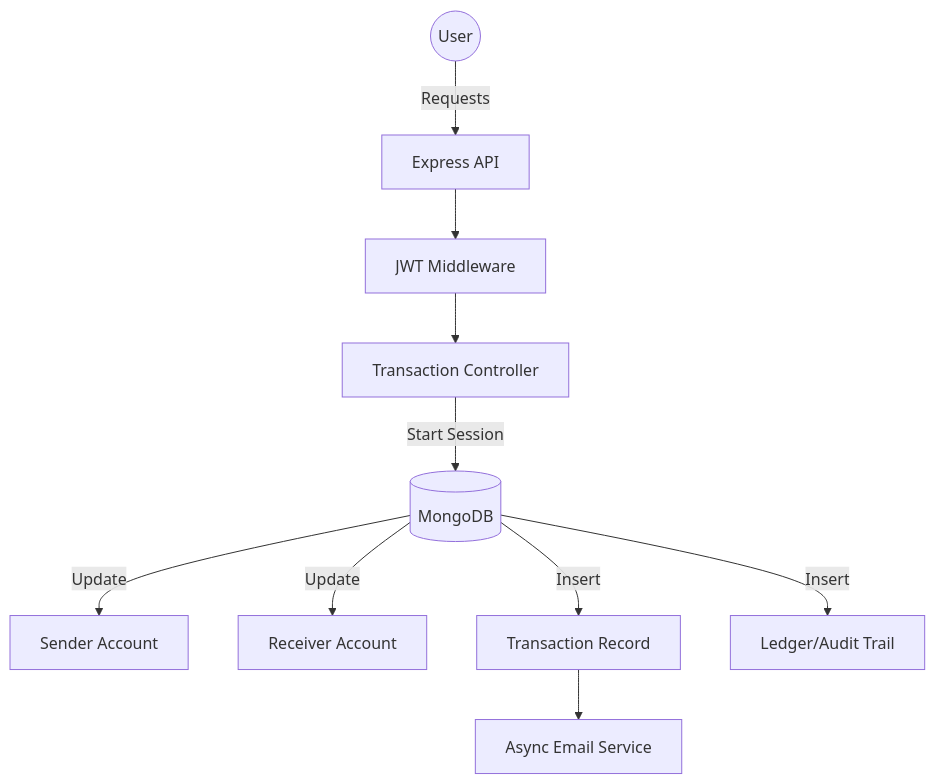
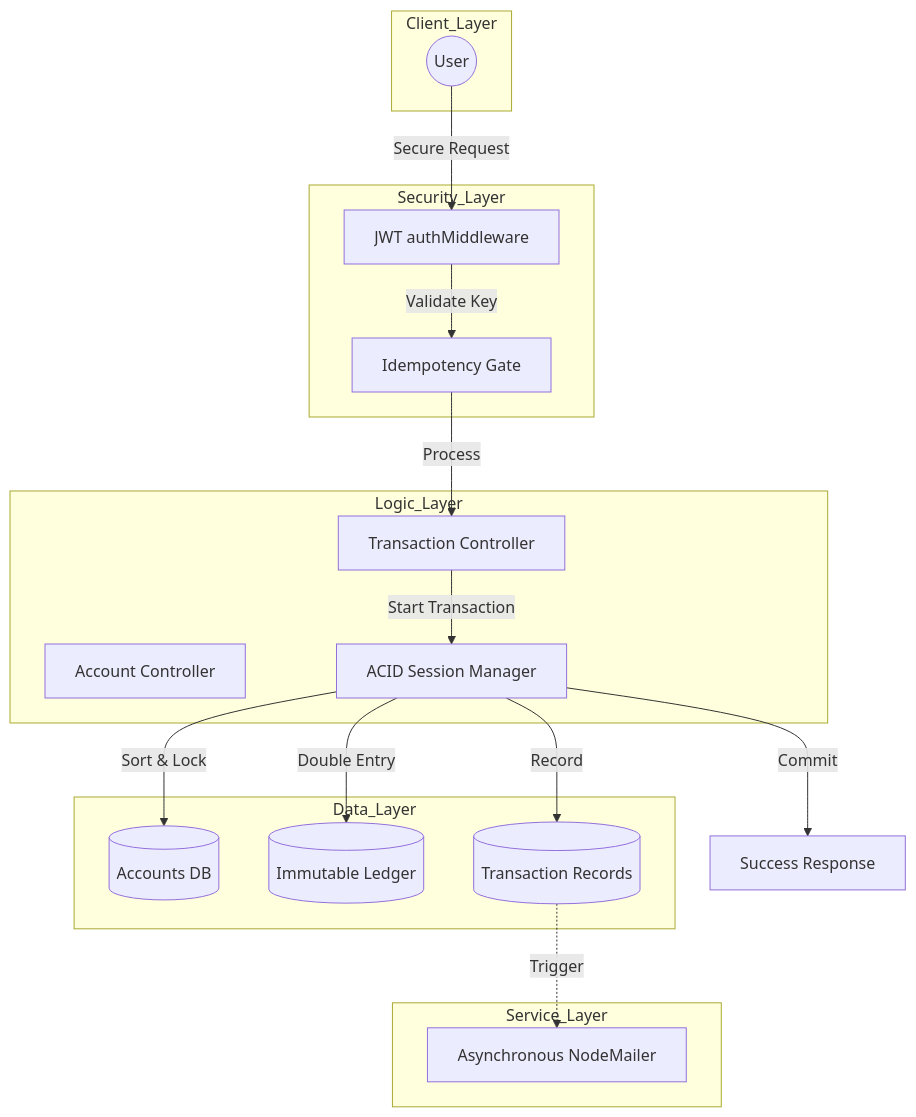
Before and after one commit to laksh0507/SentinelLedger: the diagram in README.md, drawn with Mermaid. The commit also changed other lines of this file and 4 other files, not shown here.

Commit message:
Initial commit: SentinelLedger Production-Grade Engine

````diff
--- a/README.md
+++ b/README.md
@@ -35,12 +30,37 @@
 ```mermaid
-graph TD
-    User((User)) -->|Requests| API[Express API]
-    API --> Auth[JWT Middleware]
-    Auth --> Controller[Transaction Controller]
-    Controller -->|Start Session| DB[(MongoDB)]
-    DB -->|Update| Sender[Sender Account]
-    DB -->|Update| Receiver[Receiver Account]
-    DB -->|Insert| Record[Transaction Record]
-    DB -->|Insert| Audit[Ledger/Audit Trail]
-    Record --> Email[Async Email Service]
+graph TB
+    subgraph Client_Layer
+        User((User))
+    end
+
+    subgraph Security_Layer
+        auth[JWT authMiddleware]
+        idem[Idempotency Gate]
+    end
+
+    subgraph Logic_Layer
+        ATC[Account Controller]
+        TXC[Transaction Controller]
+        Sess[ACID Session Manager]
+    end
+
+    subgraph Data_Layer
+        Accounts[(Accounts DB)]
+        Ledger[(Immutable Ledger)]
+        Txns[(Transaction Records)]
+    end
+
+    subgraph Service_Layer
+        Mail[Asynchronous NodeMailer]
+    end
+
+    User -->|Secure Request| auth
+    auth -->|Validate Key| idem
+    idem -->|Process| TXC
+    TXC -->|Start Transaction| Sess
+    Sess -->|Sort & Lock| Accounts
+    Sess -->|Double Entry| Ledger
+    Sess -->|Record| Txns
+    Sess -->|Commit| DB_Commit[Success Response]
+    Txns -.->|Trigger| Mail
 ```
````
